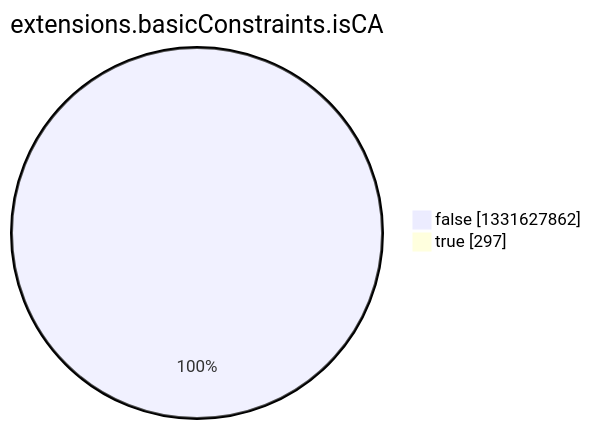
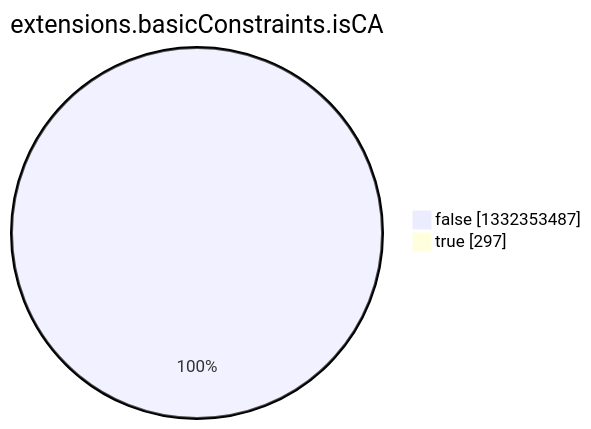
Before and after one commit to christiankrug/ctmonitor_visualization: the eighth of 15 diagrams in argon2022/README.md, drawn with Mermaid. The commit also changed other lines of this file, not shown here.

````diff
--- a/argon2022/README.md
+++ b/argon2022/README.md
@@ -2758,6 +2758,6 @@
 ```mermaid
 pie showData
 title extensions.basicConstraints.isCA
-"false" :1331627862
+"false" :1332353487
 "true" :297
 ```
````
